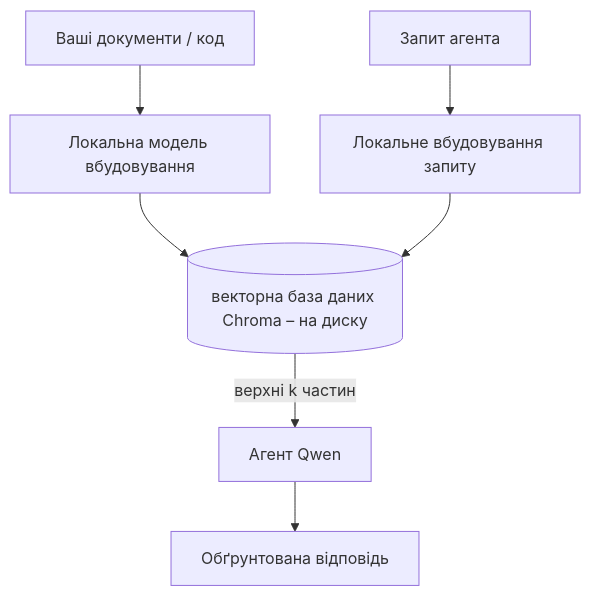
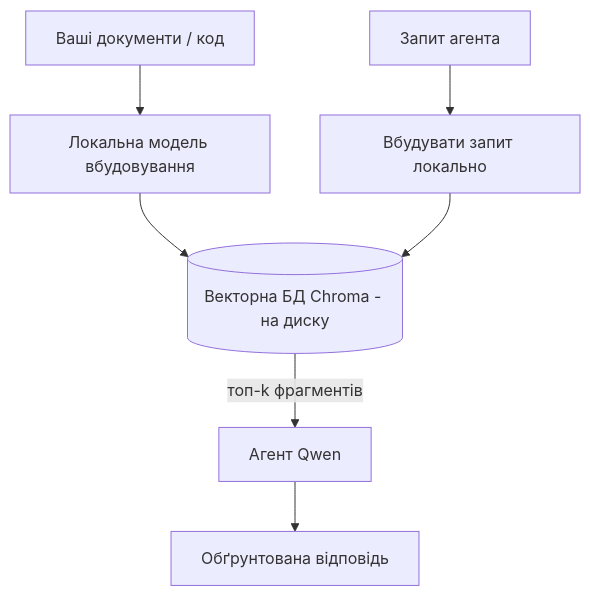
The third of 4 diagrams in mirrors/repos/microsoft@ai-agents-for-beginners/translations/uk/17-creating-local-ai-agents/README.md (gabrielmoreira/agent-skills-mirror), drawn with Mermaid before and after one commit. The commit also changed other lines of this file and 4262 other files, not shown here.

````diff
--- a/mirrors/repos/microsoft@ai-agents-for-beginners/translations/uk/17-creating-local-ai-agents/README.md
+++ b/mirrors/repos/microsoft@ai-agents-for-beginners/translations/uk/17-creating-local-ai-agents/README.md
@@ -125,9 +125,9 @@
 ```mermaid
 flowchart TB
     D[Ваші документи / код] --> E[Локальна модель вбудовування]
-    E --> V[(векторна база даних Chroma – на диску)]
-    Q[Запит агента] --> QE[Локальне вбудовування запиту]
+    E --> V[(Векторна БД Chroma - на диску)]
+    Q[Запит агента] --> QE[Вбудувати запит локально]
     QE --> V
-    V -->|верхні k частин| A[Агент Qwen]
+    V -->|топ-k фрагментів| A[Агент Qwen]
     A --> Ans[Обґрунтована відповідь]
 ```
````
